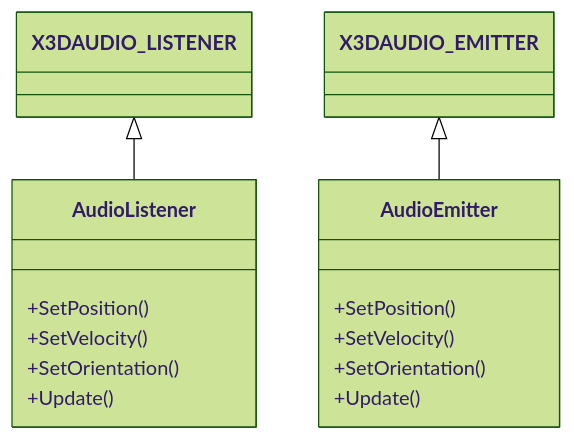
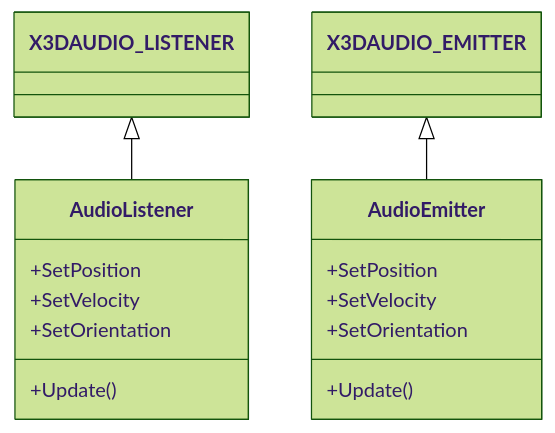
One commit to neogrammer/Wiki changed the second of 2 diagrams in Audio.md. Above: the diagram before and after it, drawn with Mermaid (forest theme). The commit also changed other lines of this file, not shown here.

````diff
--- a/Audio.md
+++ b/Audio.md
@@ -74,19 +83,19 @@
 ```mermaid
 classDiagram
 class AudioListener{
-   +SetPosition()
-   +SetVelocity()
-   +SetOrientation()
+   +SetPosition
+   +SetVelocity
+   +SetOrientation
    +Update()
 }
 class X3DAUDIO_LISTENER
 class AudioEmitter{
-   +SetPosition()
-   +SetVelocity()
-   +SetOrientation()
+   +SetPosition
+   +SetVelocity
+   +SetOrientation
    +Update()
 }
 class X3DAUDIO_EMITTER
 X3DAUDIO_LISTENER <|-- AudioListener
 X3DAUDIO_EMITTER <|-- AudioEmitter
 ```
````
